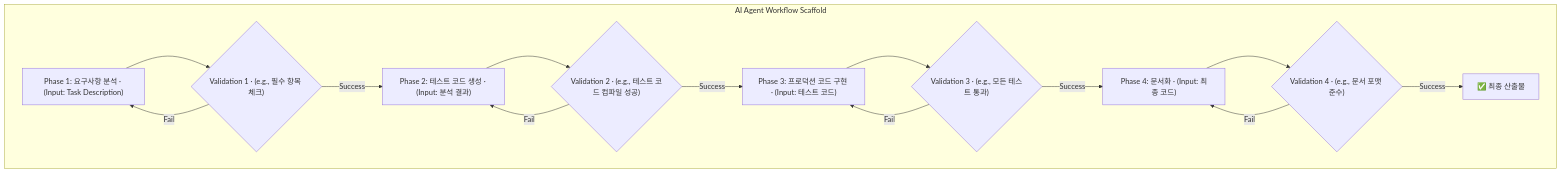
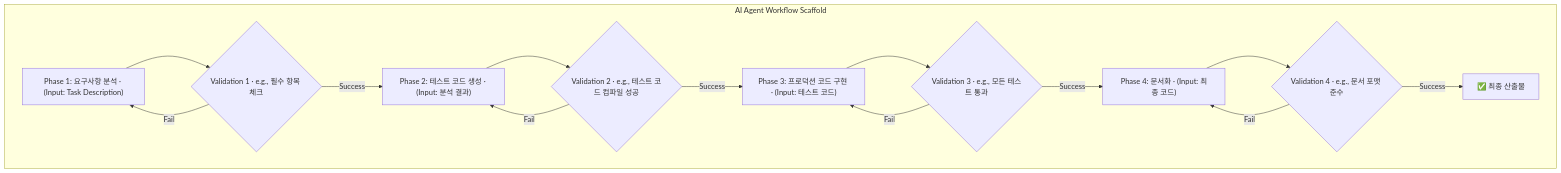
Before and after one commit to Mino777/ai-study: the diagram in content/agents/ai-agent-workflow-scaffolding-codify-senior-procedures.mdx, drawn with Mermaid. The commit also changed 30 other files, not shown here.

First line of the commit message:
fix: Mermaid 렌더링 에러 42건 수정 + mermaid-fix.mjs 규칙 4개 추가

````diff
--- a/content/agents/ai-agent-workflow-scaffolding-codify-senior-procedures.mdx
+++ b/content/agents/ai-agent-workflow-scaffolding-codify-senior-procedures.mdx
@@ -58,17 +58,17 @@
 ```mermaid
 graph TD
     subgraph "AI Agent Workflow Scaffold"
-        A["Phase 1: 요구사항 분석 · (Input: Task Description)"] --> B{"Validation 1 · (e.g., 필수 항목 체크)"};
+        A["Phase 1: 요구사항 분석 · (Input: Task Description)"] --> B{"Validation 1 · e.g., 필수 항목 체크"};
         B -- Success --> C["Phase 2: 테스트 코드 생성 · (Input: 분석 결과)"];
         B -- Fail --> A;
-        C --> D{"Validation 2 · (e.g., 테스트 코드 컴파일 성공)"};
+        C --> D{"Validation 2 · e.g., 테스트 코드 컴파일 성공"};
         D -- Success --> E["Phase 3: 프로덕션 코드 구현 · (Input: 테스트 코드)"];
         D -- Fail --> C;
-        E --> F{"Validation 3 · (e.g., 모든 테스트 통과)"};
+        E --> F{"Validation 3 · e.g., 모든 테스트 통과"};
         F -- Success --> G["Phase 4: 문서화 · (Input: 최종 코드)"];
         F -- Fail --> E;
-        G --> H{"Validation 4 · (e.g., 문서 포맷 준수)"};
+        G --> H{"Validation 4 · e.g., 문서 포맷 준수"};
         H -- Success --> I["✅ 최종 산출물"];
         H -- Fail --> G;
     end
 ```
````
